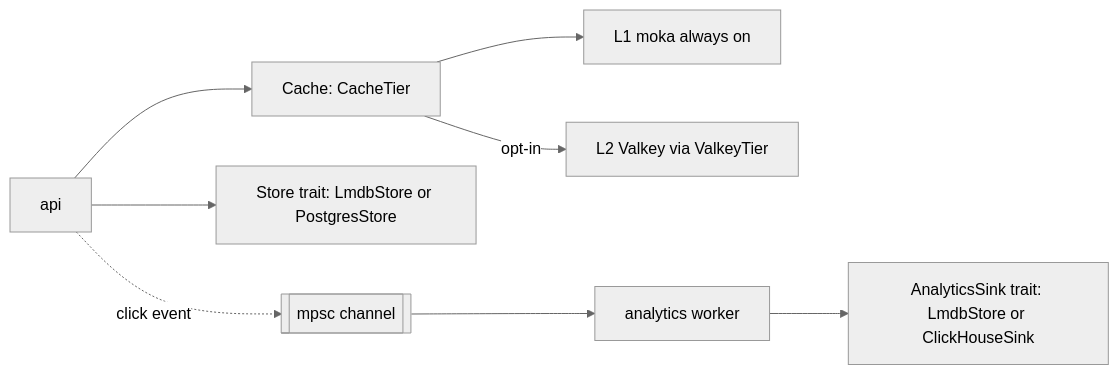
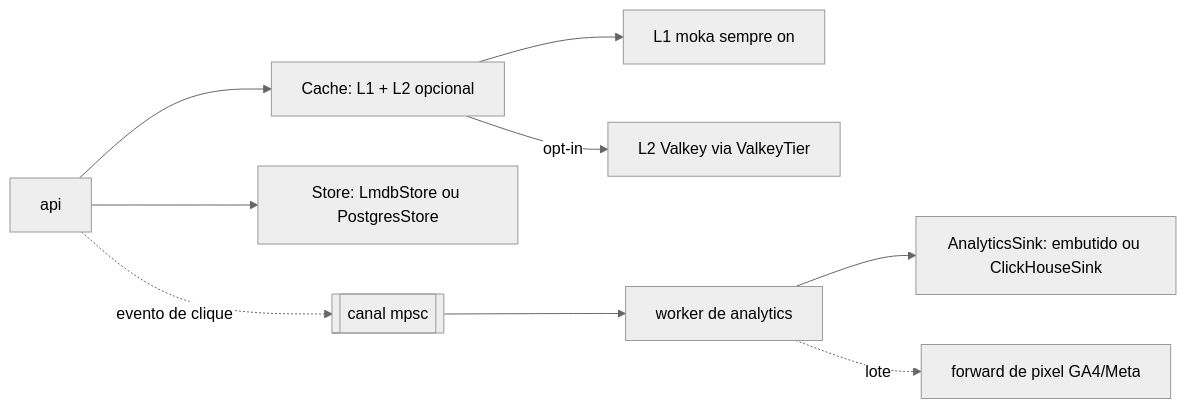
The fifth of 5 diagrams in docs/ARCHITECTURE.PT_BR.md (lucasolopes/quark), drawn with Mermaid (neutral theme) before and after one commit. The commit also changed other lines of this file and 1 other file, not shown here.

First line of the commit message:
docs(architecture): rewrite to final module map, Record, backends, scale layer

````diff
--- a/docs/ARCHITECTURE.PT_BR.md
+++ b/docs/ARCHITECTURE.PT_BR.md
@@ -129,10 +168,11 @@
 ```mermaid
 flowchart LR
-    Api[api] --> Cache[Cache: CacheTier]
-    Cache --> L1[L1 moka always on]
+    Api[api] --> Cache[Cache: L1 + L2 opcional]
+    Cache --> L1[L1 moka sempre on]
     Cache -->|opt-in| L2[L2 Valkey via ValkeyTier]
-    Api --> St["Store trait: LmdbStore or PostgresStore"]
-    Api -.click event.-> Ch[[mpsc channel]]
-    Ch --> Wk[analytics worker]
-    Wk --> Sk["AnalyticsSink trait: LmdbStore or ClickHouseSink"]
+    Api --> St["Store: LmdbStore ou PostgresStore"]
+    Api -.evento de clique.-> Ch[[canal mpsc]]
+    Ch --> Wk[worker de analytics]
+    Wk --> Sk["AnalyticsSink: embutido ou ClickHouseSink"]
+    Wk -.lote.-> Px[forward de pixel GA4/Meta]
 ```
````
